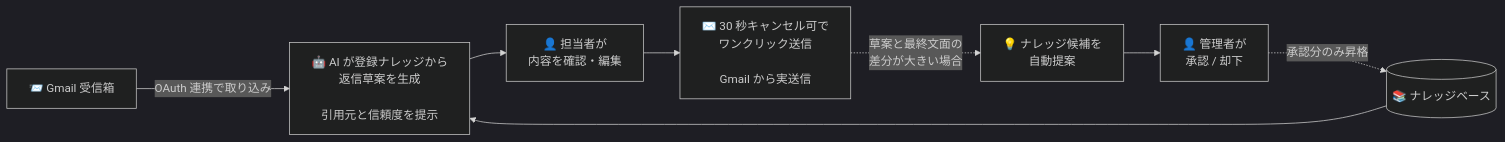
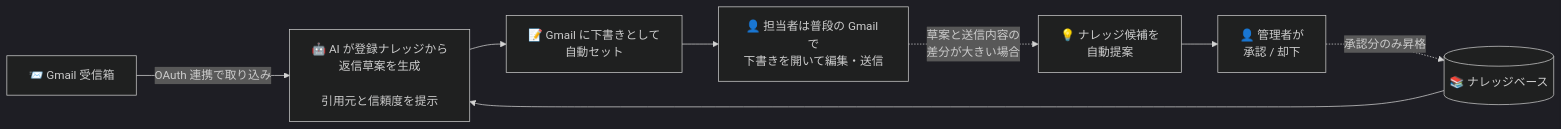
Before and after one commit to yoshinagak-sudo/inquiry-copilot: the diagram in docs/OVERVIEW.md, drawn with Mermaid (dark theme). The commit also changed other lines of this file and 5 other files, not shown here.

````diff
--- a/docs/OVERVIEW.md
+++ b/docs/OVERVIEW.md
@@ -21,10 +21,10 @@
 ```mermaid
 flowchart LR
     A[📨 Gmail 受信箱] -->|OAuth 連携で取り込み| B[🤖 AI が登録ナレッジから<br/>返信草案を生成<br/><br/>引用元と信頼度を提示]
-    B --> C[👤 担当者が<br/>内容を確認・編集]
-    C --> D[✉️ 30 秒キャンセル可で<br/>ワンクリック送信<br/><br/>Gmail から実送信]
-    D -. 草案と最終文面の<br/>差分が大きい場合 .-> E[💡 ナレッジ候補を<br/>自動提案]
+    B --> H[📝 Gmail に下書きとして<br/>自動セット]
+    H --> C[👤 担当者は普段の Gmail で<br/>下書きを開いて編集・送信]
+    C -. 草案と送信内容の<br/>差分が大きい場合 .-> E[💡 ナレッジ候補を<br/>自動提案]
     E --> F[👤 管理者が<br/>承認 / 却下]
     F -. 承認分のみ昇格 .-> G[(📚 ナレッジベース)]
     G --> B
 ```
````
